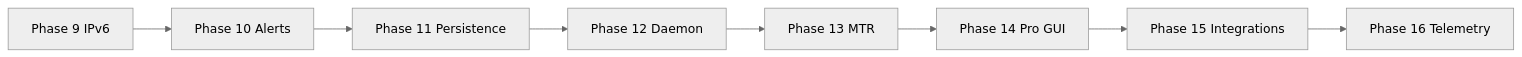
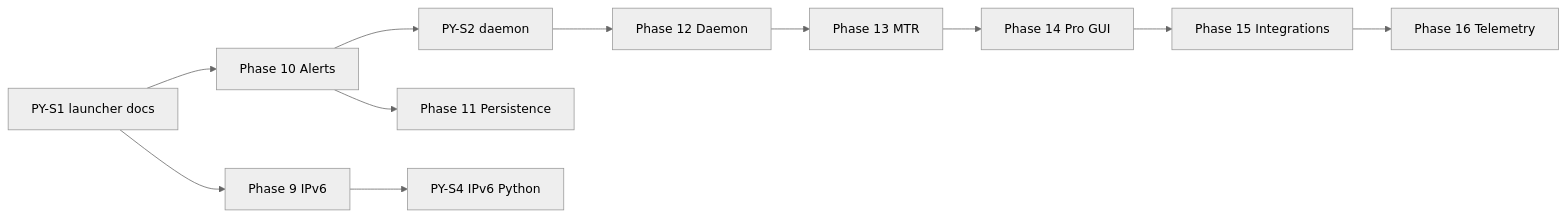
The diagram in ROADMAP.en.md (sesquicadaver/PINGUI), drawn with Mermaid (neutral theme) before and after one commit. The commit also changed other lines of this file and 18 other files, not shown here.

First line of the commit message:
Implement PY-S1: Python launcher, docs parity, and CI hygiene on beta.

````diff
--- a/ROADMAP.en.md
+++ b/ROADMAP.en.md
@@ -60,10 +63,13 @@
 ```mermaid
 flowchart LR
-  F9[Phase 9 IPv6] --> F10[Phase 10 Alerts]
+  PY1[PY-S1 launcher docs] --> F9[Phase 9 IPv6]
+  PY1 --> F10[Phase 10 Alerts]
+  F10 --> PY2[PY-S2 daemon]
   F10 --> F11[Phase 11 Persistence]
-  F11 --> F12[Phase 12 Daemon]
+  PY2 --> F12[Phase 12 Daemon]
   F12 --> F13[Phase 13 MTR]
   F13 --> F14[Phase 14 Pro GUI]
   F14 --> F15[Phase 15 Integrations]
   F15 --> F16[Phase 16 Telemetry]
+  F9 --> PY4[PY-S4 IPv6 Python]
 ```
````
